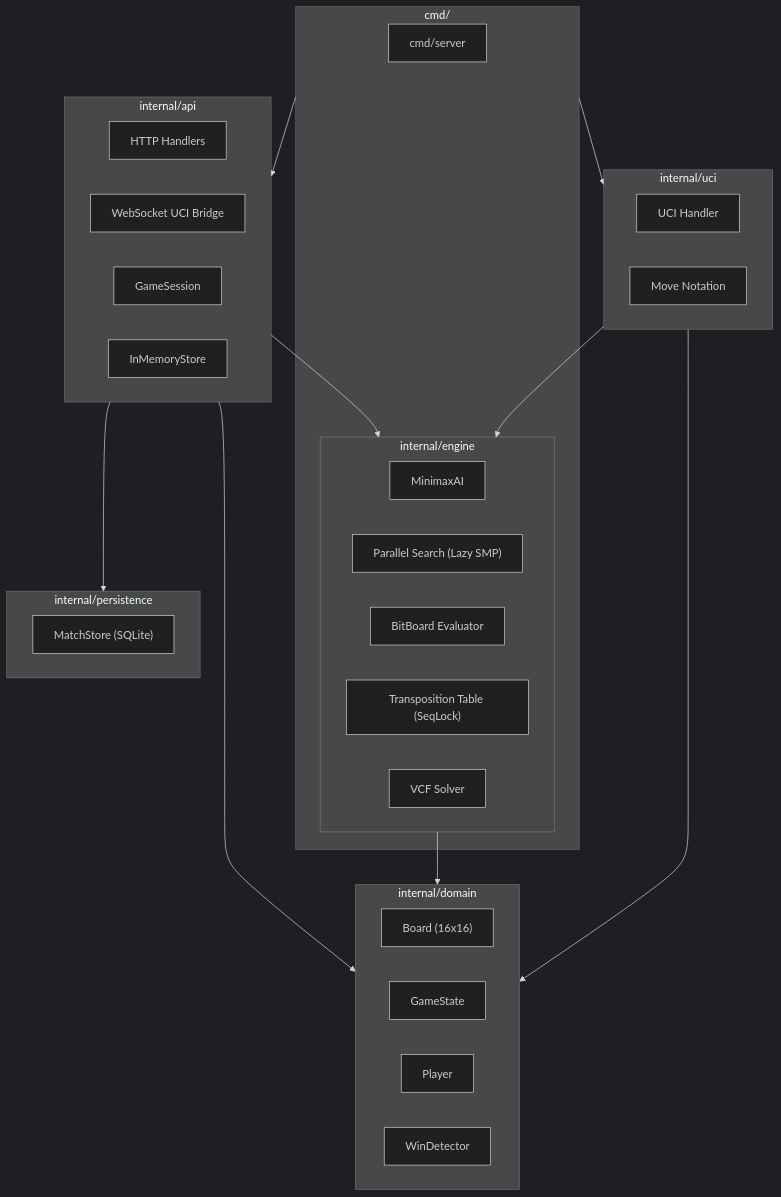
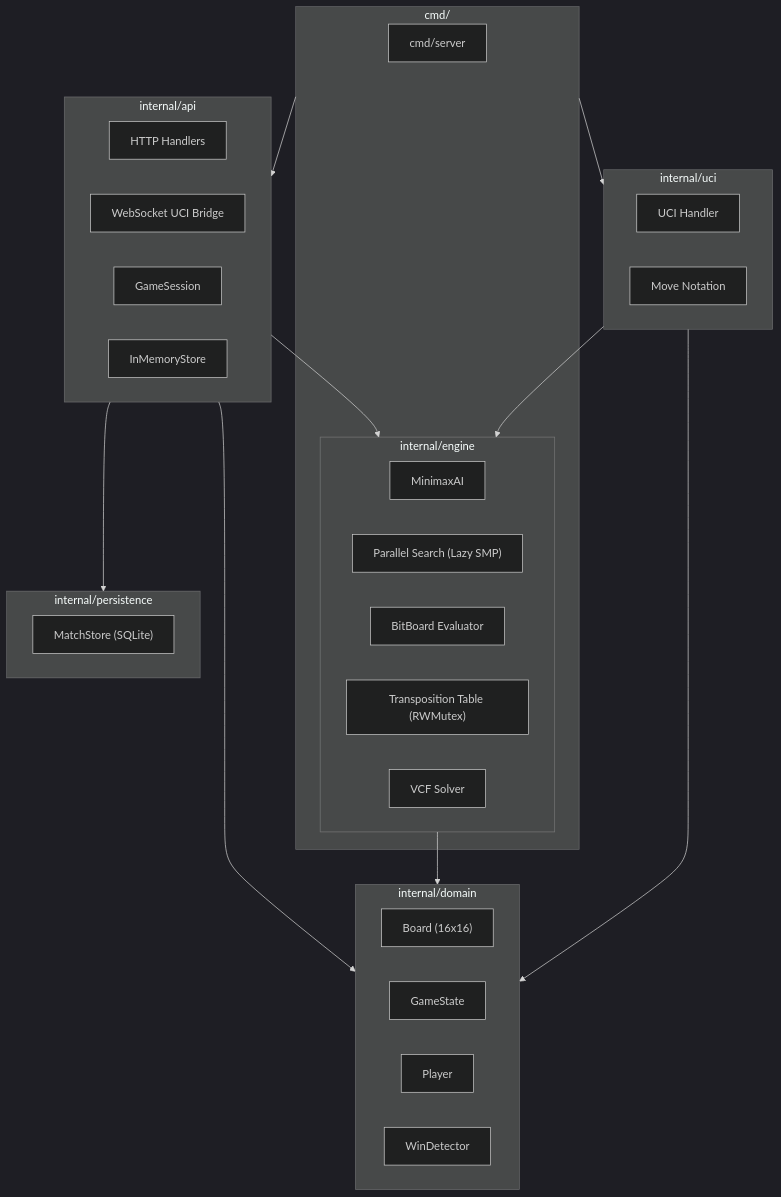
The diagram in README.md (lavantien/caro-ai-pvp), drawn with Mermaid (dark theme) before and after one commit. The commit also changed other lines of this file and 3 other files, not shown here.

````diff
--- a/README.md
+++ b/README.md
@@ -233,47 +233,47 @@
 ```mermaid
 graph TB
     subgraph Commands["cmd/"]
         Server["cmd/server"]
         Engine["cmd/engine"]
     end
 
     subgraph API["internal/api"]
         Handlers["HTTP Handlers"]
         WebSocket["WebSocket UCI Bridge"]
         Session["GameSession"]
         Store["InMemoryStore"]
     end
 
     subgraph Engine["internal/engine"]
         Minimax["MinimaxAI"]
         Search["Parallel Search (Lazy SMP)"]
         Evaluator["BitBoard Evaluator"]
-        TT["Transposition Table (SeqLock)"]
+        TT["Transposition Table (RWMutex)"]
         VCF["VCF Solver"]
     end
 
     subgraph Domain["internal/domain"]
         Board["Board (16x16)"]
         Game["GameState"]
         Player["Player"]
         Win["WinDetector"]
     end
 
     subgraph UCI["internal/uci"]
         UCIHandler["UCI Handler"]
         Notation["Move Notation"]
     end
 
     subgraph Persistence["internal/persistence"]
         MatchStore["MatchStore (SQLite)"]
     end
 
     Commands --> API
     Commands --> UCI
     API --> Engine
     API --> Domain
     Engine --> Domain
     UCI --> Engine
     UCI --> Domain
     API --> Persistence
 ```
````
